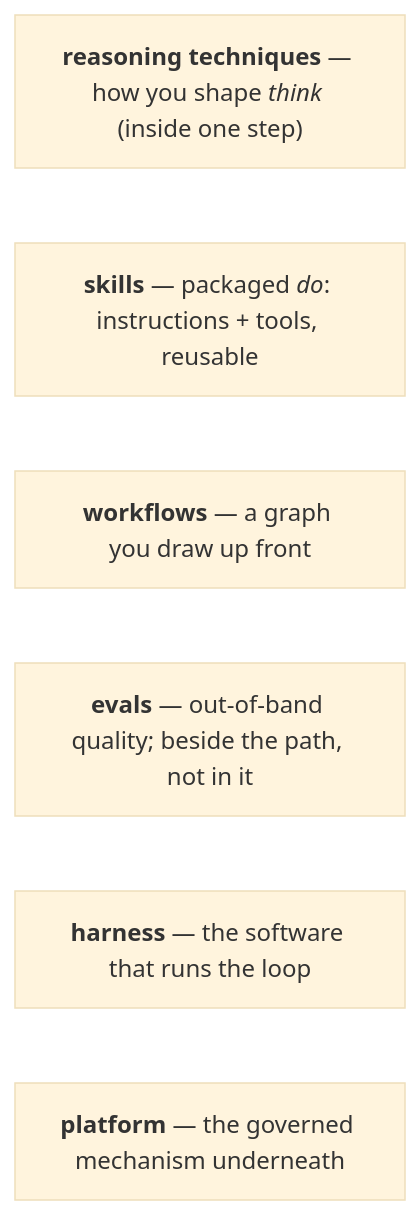
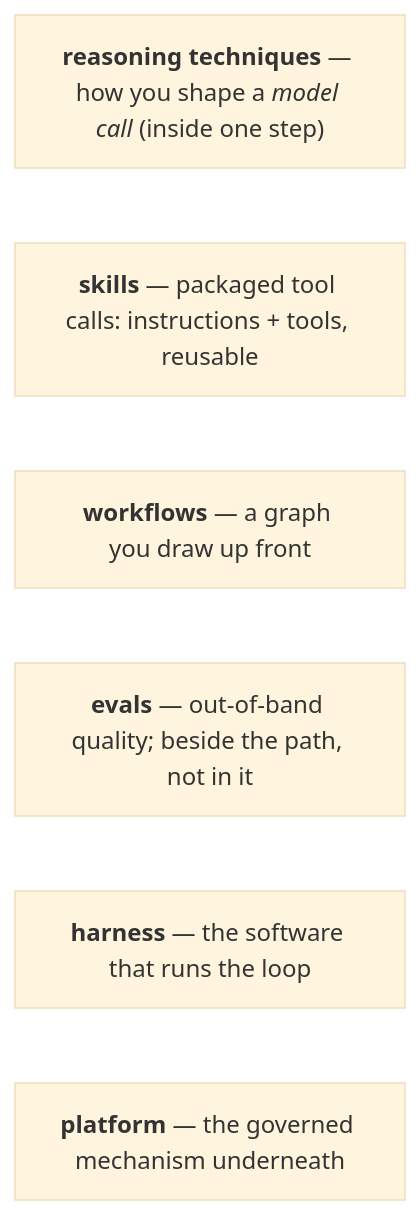
One commit to tilsley/creance changed diagram 14 of 15 in docs/stack-slides.md. Above: the diagram before and after it, drawn with Mermaid (base theme). The commit also changed other lines of this file, not shown here.

First line of the commit message:
docs(slides): replace think/do/remember with concrete model call/tool call/memory throughout

````diff
--- a/docs/stack-slides.md
+++ b/docs/stack-slides.md
@@ -238,10 +238,10 @@
 ```mermaid
 flowchart TB
-  RT["<b>reasoning techniques</b> — how you shape <i>think</i> (inside one step)"]
-  SK["<b>skills</b> — packaged <i>do</i>: instructions + tools, reusable"]
+  RT["<b>reasoning techniques</b> — how you shape a <i>model call</i> (inside one step)"]
+  SK["<b>skills</b> — packaged tool calls: instructions + tools, reusable"]
   WF["<b>workflows</b> — a graph you draw up front"]
   EV["<b>evals</b> — out-of-band quality; beside the path, not in it"]
   HN["<b>harness</b> — the software that runs the loop"]
   PL["<b>platform</b> — the governed mechanism underneath"]
   RT ~~~ SK ~~~ WF ~~~ EV ~~~ HN ~~~ PL
 ```
````
